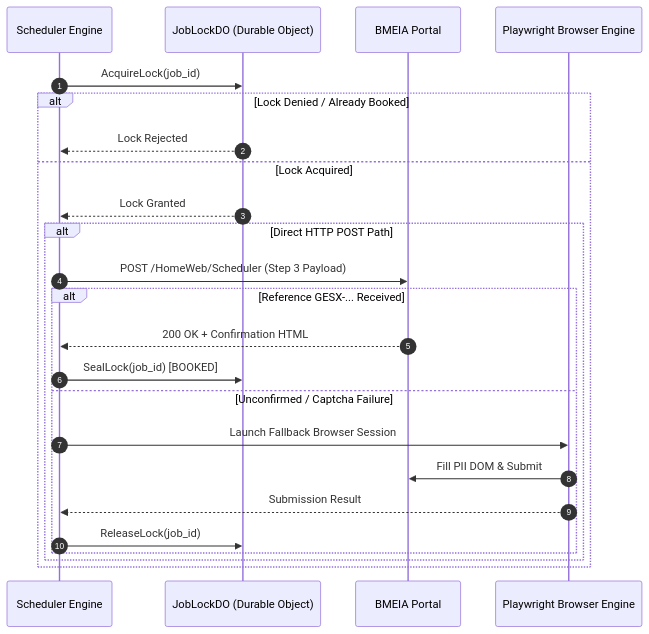
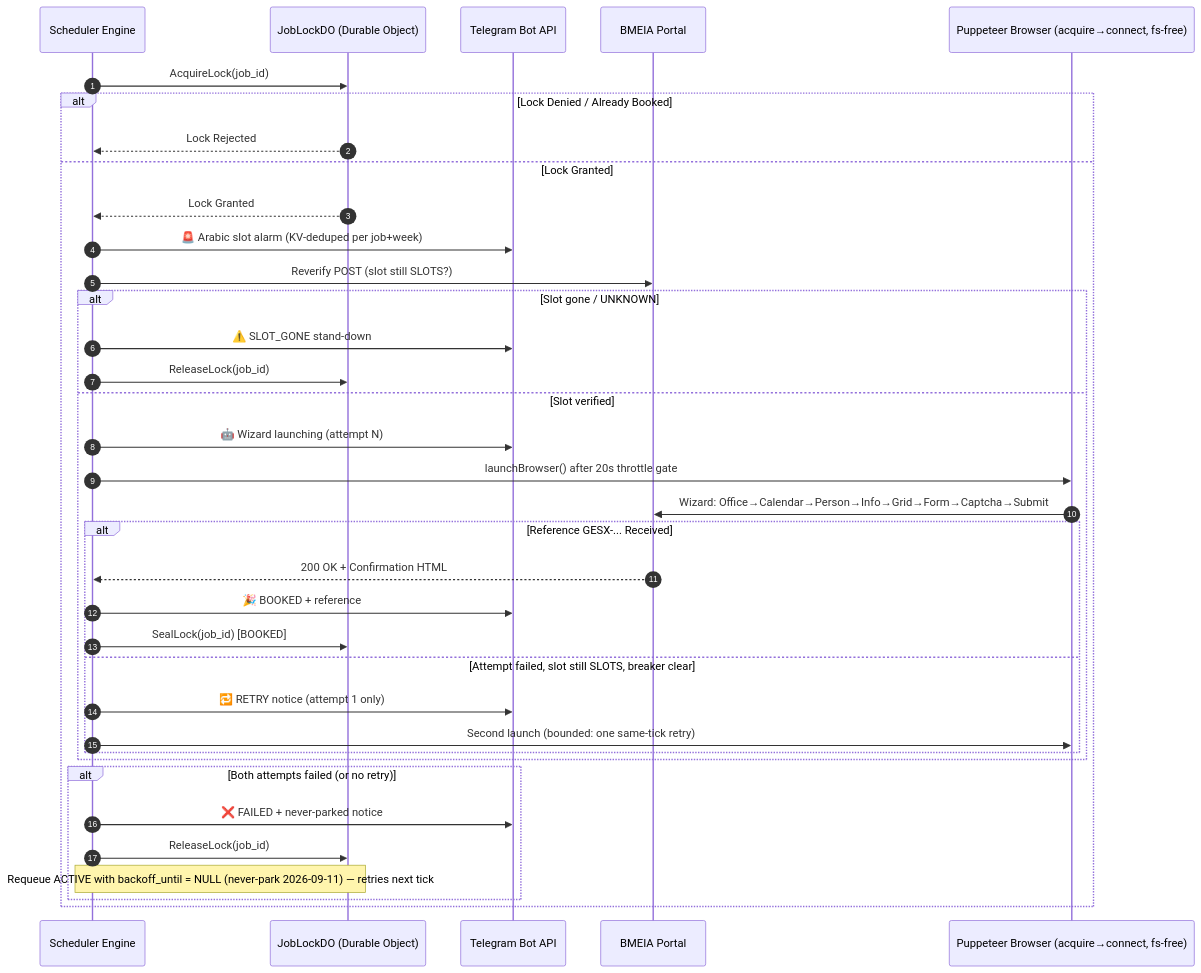
Before and after one commit to abdulsamed1/aegisflow: the second of 2 diagrams in docs/architecture/4-execution-sequence-diagrams.md, drawn with Mermaid. The commit also changed other lines of this file and 15 other files, not shown here.

````diff
--- a/docs/architecture/4-execution-sequence-diagrams.md
+++ b/docs/architecture/4-execution-sequence-diagrams.md
@@ -33,27 +33,39 @@
 ```mermaid
 sequenceDiagram
     autonumber
     participant Sched as Scheduler Engine
     participant DO as JobLockDO (Durable Object)
+    participant TG as Telegram Bot API
     participant BMEIA as BMEIA Portal
-    participant PW as Playwright Browser Engine
+    participant BW as Puppeteer Browser (acquire→connect, fs-free)
 
     Sched->>DO: AcquireLock(job_id)
     alt Lock Denied / Already Booked
         DO-->>Sched: Lock Rejected
-    else Lock Acquired
+    else Lock Granted
         DO-->>Sched: Lock Granted
-        alt Direct HTTP POST Path
-            Sched->>BMEIA: POST /HomeWeb/Scheduler (Step 3 Payload)
+        Sched->>TG: 🚨 Arabic slot alarm (KV-deduped per job+week)
+        Sched->>BMEIA: Reverify POST (slot still SLOTS?)
+        alt Slot gone / UNKNOWN
+            Sched->>TG: ⚠️ SLOT_GONE stand-down
+            Sched->>DO: ReleaseLock(job_id)
+        else Slot verified
+            Sched->>TG: 🤖 Wizard launching (attempt N)
+            Sched->>BW: launchBrowser() after 20s throttle gate
+            BW->>BMEIA: Wizard: Office→Calendar→Person→Info→Grid→Form→Captcha→Submit
             alt Reference GESX-... Received
                 BMEIA-->>Sched: 200 OK + Confirmation HTML
+                Sched->>TG: 🎉 BOOKED + reference
                 Sched->>DO: SealLock(job_id) [BOOKED]
-            else Unconfirmed / Captcha Failure
-                Sched->>PW: Launch Fallback Browser Session
-                PW->>BMEIA: Fill PII DOM & Submit
-                PW-->>Sched: Submission Result
-                Sched->>DO: ReleaseLock(job_id)
+            else Attempt failed, slot still SLOTS, breaker clear
+                Sched->>TG: 🔁 RETRY notice (attempt 1 only)
+                Sched->>BW: Second launch (bounded: one same-tick retry)
             end
+        end
+        alt Both attempts failed (or no retry)
+            Sched->>TG: ❌ FAILED + never-parked notice
+            Sched->>DO: ReleaseLock(job_id)
+            Note over Sched,DO: Requeue ACTIVE with backoff_until = NULL (never-park 2026-09-11) — retries next tick
         end
     end
 ```
````
